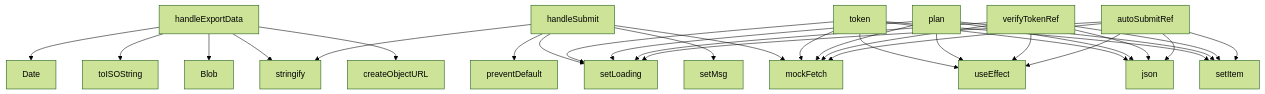
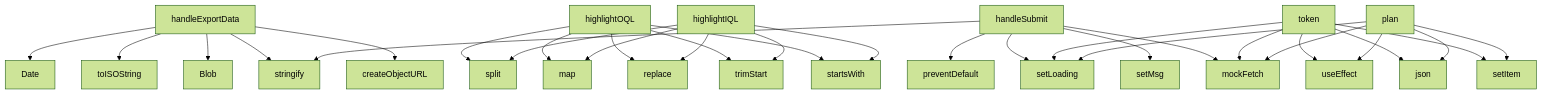
One commit to oqlos/www changed the diagram in project/context.md. Above: the diagram before and after it, drawn with Mermaid (forest theme). The commit also changed other lines of this file and 10 other files, not shown here.

````diff
--- a/project/context.md
+++ b/project/context.md
@@ -310,33 +318,33 @@
 ```mermaid
 graph TD
     handleExportData --> Date
     handleExportData --> toISOString
     handleExportData --> Blob
     handleExportData --> stringify
     handleExportData --> createObjectURL
+    highlightOQL --> split
+    highlightOQL --> map
+    highlightOQL --> replace
+    highlightOQL --> trimStart
+    highlightOQL --> startsWith
+    highlightIQL --> split
+    highlightIQL --> map
+    highlightIQL --> replace
+    highlightIQL --> trimStart
+    highlightIQL --> startsWith
     handleSubmit --> preventDefault
     handleSubmit --> setLoading
     handleSubmit --> setMsg
     handleSubmit --> mockFetch
     handleSubmit --> stringify
     token --> useEffect
     token --> setLoading
     token --> mockFetch
     token --> json
     token --> setItem
     plan --> useEffect
     plan --> setLoading
     plan --> mockFetch
     plan --> json
     plan --> setItem
-    verifyTokenRef --> useEffect
-    verifyTokenRef --> setLoading
-    verifyTokenRef --> mockFetch
-    verifyTokenRef --> json
-    verifyTokenRef --> setItem
-    autoSubmitRef --> useEffect
-    autoSubmitRef --> setLoading
-    autoSubmitRef --> mockFetch
-    autoSubmitRef --> json
-    autoSubmitRef --> setItem
 ```
````
